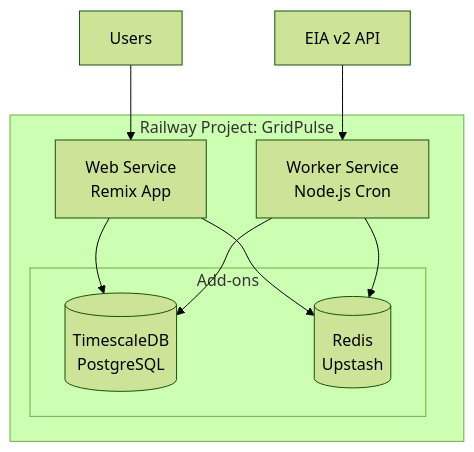
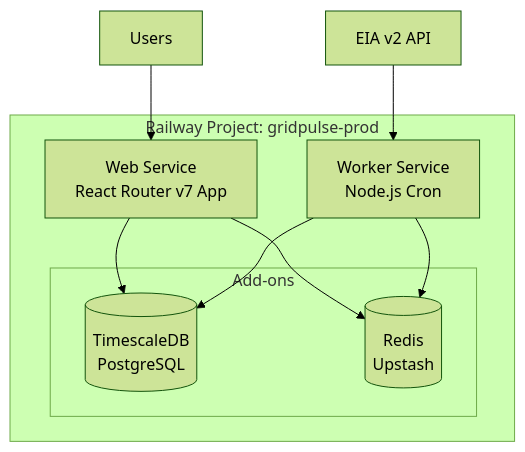
One commit to awynne/grid changed the diagram in docs/specs/GRID-011.md. Above: the diagram before and after it, drawn with Mermaid (forest theme). The commit also changed other lines of this file and 12 other files, not shown here.

````diff
--- a/docs/specs/GRID-011.md
+++ b/docs/specs/GRID-011.md
@@ -45,20 +45,20 @@
 ```mermaid
 graph TB
-    subgraph "Railway Project: GridPulse"
-        WEB[Web Service<br/>Remix App]
+    subgraph "Railway Project: gridpulse-prod"
+        WEB[Web Service<br/>React Router v7 App]
         WORKER[Worker Service<br/>Node.js Cron]
         
         subgraph "Add-ons"
             PG[(TimescaleDB<br/>PostgreSQL)]
             REDIS[(Redis<br/>Upstash)]
         end
     end
     
     WEB --> PG
     WEB --> REDIS
     WORKER --> PG
     WORKER --> REDIS
     
     EIA[EIA v2 API] --> WORKER
     USERS[Users] --> WEB
 ```
````
